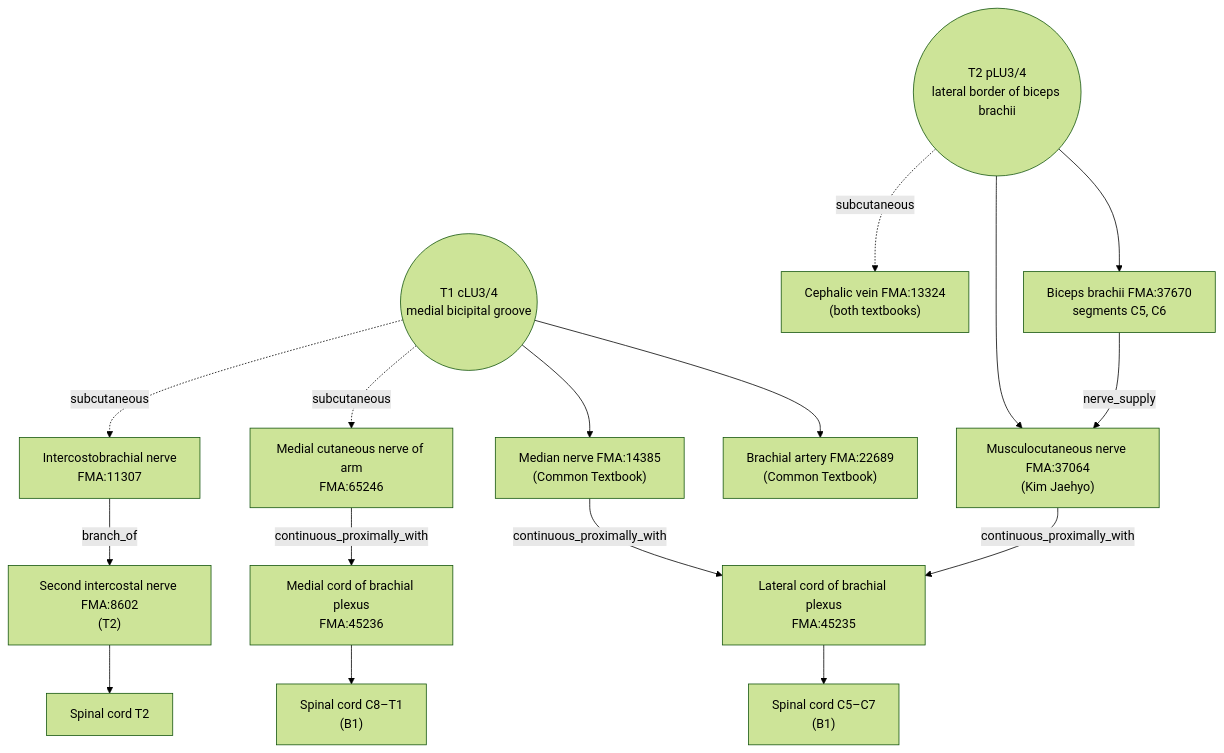
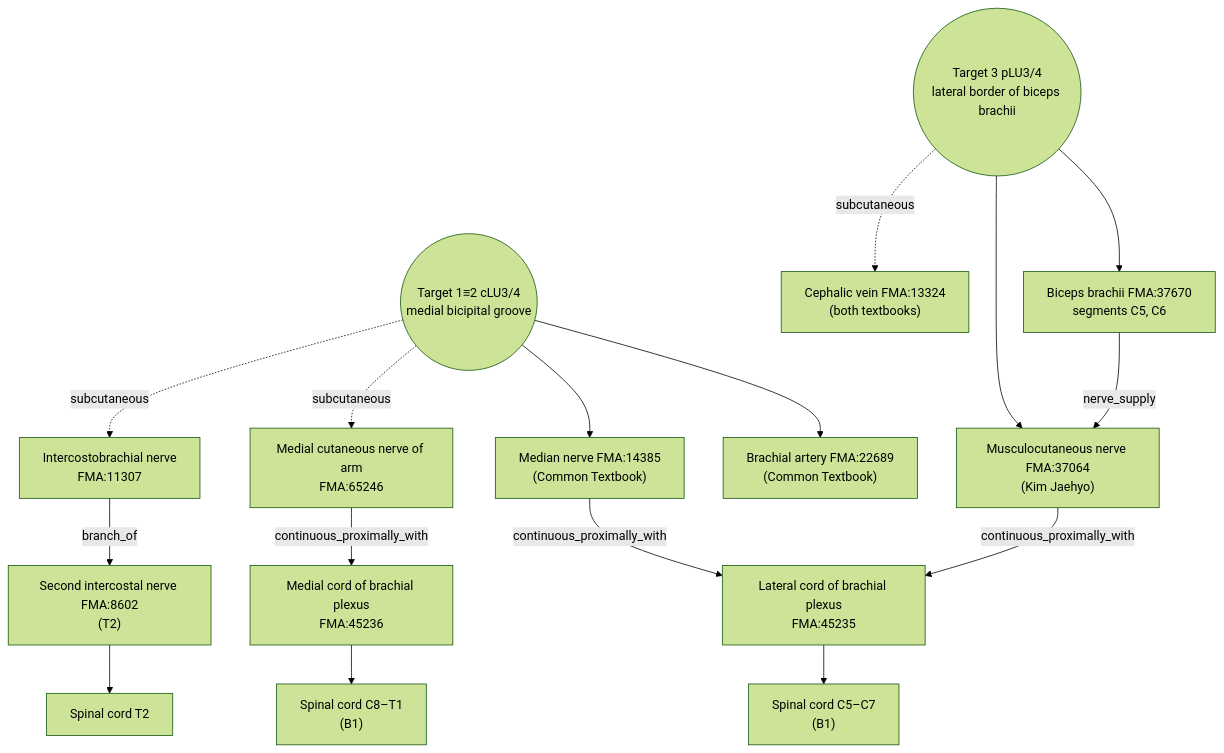
Before and after one commit to jaehyokim-sketch/acupoint_anatomy: the diagram in 01_경혈별_해부생리_분석보고서/LU_수태음폐경/LU03-LU04/LU03-LU04_천부-협백_해부생리_실체판명_통합보고서_en.md, drawn with Mermaid (forest theme). The commit also changed other lines of this file and 60 other files, not shown here.

````diff
--- a/01_경혈별_해부생리_분석보고서/LU_수태음폐경/LU03-LU04/LU03-LU04_천부-협백_해부생리_실체판명_통합보고서_en.md
+++ b/01_경혈별_해부생리_분석보고서/LU_수태음폐경/LU03-LU04/LU03-LU04_천부-협백_해부생리_실체판명_통합보고서_en.md
@@ -263,18 +295,18 @@
 ```mermaid
 flowchart TB
-  C(("T1 cLU3/4<br/>medial bicipital groove")) --> BA["Brachial artery FMA:22689<br/>(Common Textbook)"]
+  C(("Target 1≡2 cLU3/4<br/>medial bicipital groove")) --> BA["Brachial artery FMA:22689<br/>(Common Textbook)"]
   C --> MN["Median nerve FMA:14385<br/>(Common Textbook)"]
   C -.subcutaneous.-> MCA["Medial cutaneous nerve of arm<br/>FMA:65246"]
   C -.subcutaneous.-> ICB["Intercostobrachial nerve<br/>FMA:11307"]
-  P(("T2 pLU3/4<br/>lateral border of biceps brachii")) --> BB["Biceps brachii FMA:37670<br/>segments C5, C6"]
+  P(("Target 3 pLU3/4<br/>lateral border of biceps brachii")) --> BB["Biceps brachii FMA:37670<br/>segments C5, C6"]
   P --> MC["Musculocutaneous nerve FMA:37064<br/>(Kim Jaehyo)"]
   P -.subcutaneous.-> CV["Cephalic vein FMA:13324<br/>(both textbooks)"]
   BB -- nerve_supply --> MC
   MN -- continuous_proximally_with --> LC["Lateral cord of brachial plexus<br/>FMA:45235"]
   MC -- continuous_proximally_with --> LC
   MCA -- continuous_proximally_with --> MCO["Medial cord of brachial plexus<br/>FMA:45236"]
   ICB -- branch_of --> IC["Second intercostal nerve FMA:8602<br/>(T2)"]
   LC --> SEGL["Spinal cord C5–C7<br/>(B1)"]
   MCO --> SEGM["Spinal cord C8–T1<br/>(B1)"]
   IC --> SEGT["Spinal cord T2"]
 ```
````
